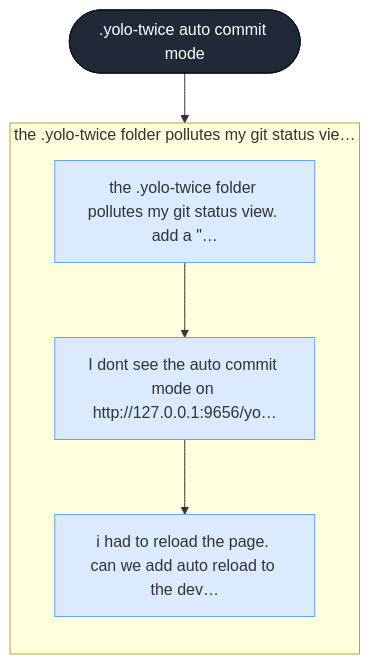
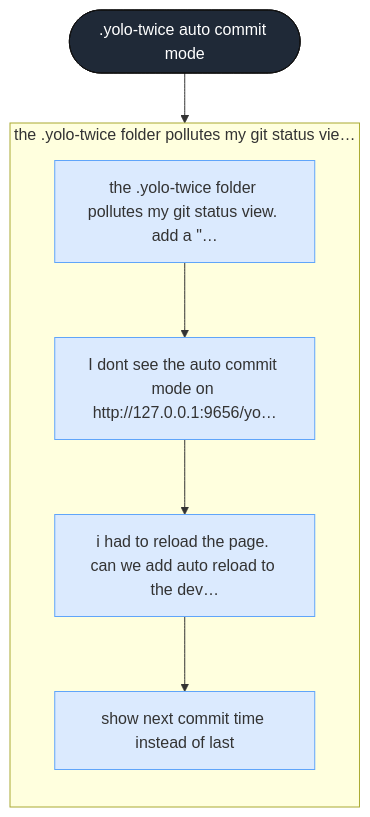
Before and after one commit to bar9/yolo-twice: the diagram in .yolo-twice/sessions/83257393-7473-4d2c-9ad3-28ad72e434b1/graph.mmd, drawn with Mermaid. The commit also changed 6 other files, not shown here.

```diff
--- a/.yolo-twice/sessions/83257393-7473-4d2c-9ad3-28ad72e434b1/graph.mmd
+++ b/.yolo-twice/sessions/83257393-7473-4d2c-9ad3-28ad72e434b1/graph.mmd
@@ -1,24 +1,27 @@
 flowchart TD
   s_83257393_7473_4d2c_9ad3_28ad72e434b1([".yolo-twice auto commit mode"])
   subgraph p1 ["the .yolo-twice folder pollutes my git status vie…"]
     direction TD
     t1["the .yolo-twice folder pollutes my git status view. add a #quot;…"]
     t2["I dont see the auto commit mode on http://127.0.0.1:9656/yo…"]
     t3["i had to reload the page. can we add auto reload to the dev…"]
+    t4["show next commit time instead of last"]
   end
   s_83257393_7473_4d2c_9ad3_28ad72e434b1 --> t1
   t1 --> t2
   t2 --> t3
+  t3 --> t4
   classDef session fill:#1f2937,color:#fff,stroke:#111;
   classDef phase fill:#e5e7eb,stroke:#9ca3af;
   classDef turn fill:#dbeafe,stroke:#60a5fa;
   classDef branch fill:#fde68a,stroke:#d97706;
   classDef subagent fill:#ede9fe,stroke:#8b5cf6;
   classDef tool fill:#dcfce7,stroke:#22c55e;
   classDef error fill:#fee2e2,stroke:#ef4444;
   classDef text fill:#f3f4f6,stroke:#9ca3af;
   classDef thinking fill:#f3f4f6,stroke:#d1d5db,stroke-dasharray: 3 3;
   class s_83257393_7473_4d2c_9ad3_28ad72e434b1 session;
   class t1 turn;
   class t2 turn;
   class t3 turn;
+  class t4 turn;
```
